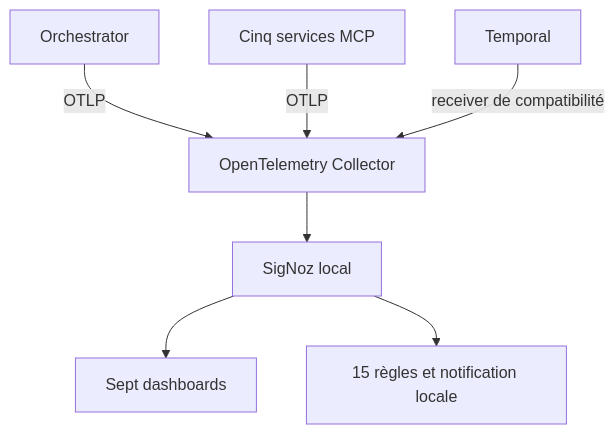
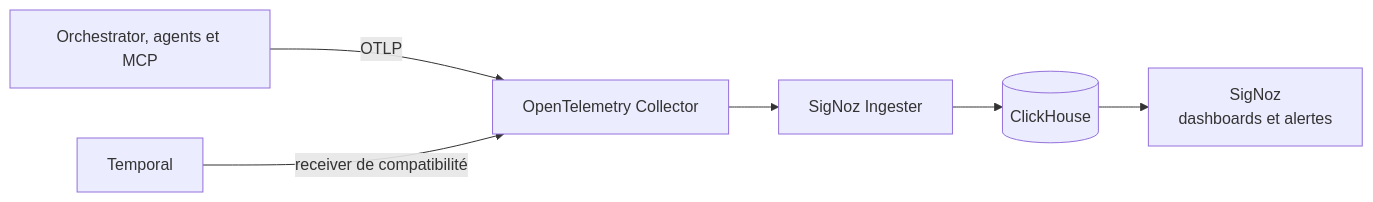
Before and after one commit to dbeaumont/ai-software-factory-local: the sixth of 6 diagrams in docs/overview/architecture-overview.md, drawn with Mermaid. The commit also changed other lines of this file and 28 other files, not shown here.

````diff
--- a/docs/overview/architecture-overview.md
+++ b/docs/overview/architecture-overview.md
@@ -717,9 +171,8 @@
 ```mermaid
-flowchart TB
-  ORCH[Orchestrator] -->|OTLP| OTEL[OpenTelemetry Collector]
-  MCP[Cinq services MCP] -->|OTLP| OTEL
-  TEMP[Temporal] -->|receiver de compatibilité| OTEL
-  OTEL --> SIGNOZ[SigNoz local]
-  SIGNOZ --> DASH[Sept dashboards]
-  SIGNOZ --> RULES[15 règles et notification locale]
+flowchart LR
+  APPS[Orchestrator, agents et MCP] -->|OTLP| COL[OpenTelemetry Collector]
+  TEMP[Temporal] -->|receiver de compatibilité| COL
+  COL --> ING[SigNoz Ingester]
+  ING --> STORE[(ClickHouse)]
+  STORE --> UI[SigNoz<br/>dashboards et alertes]
 ```
````
